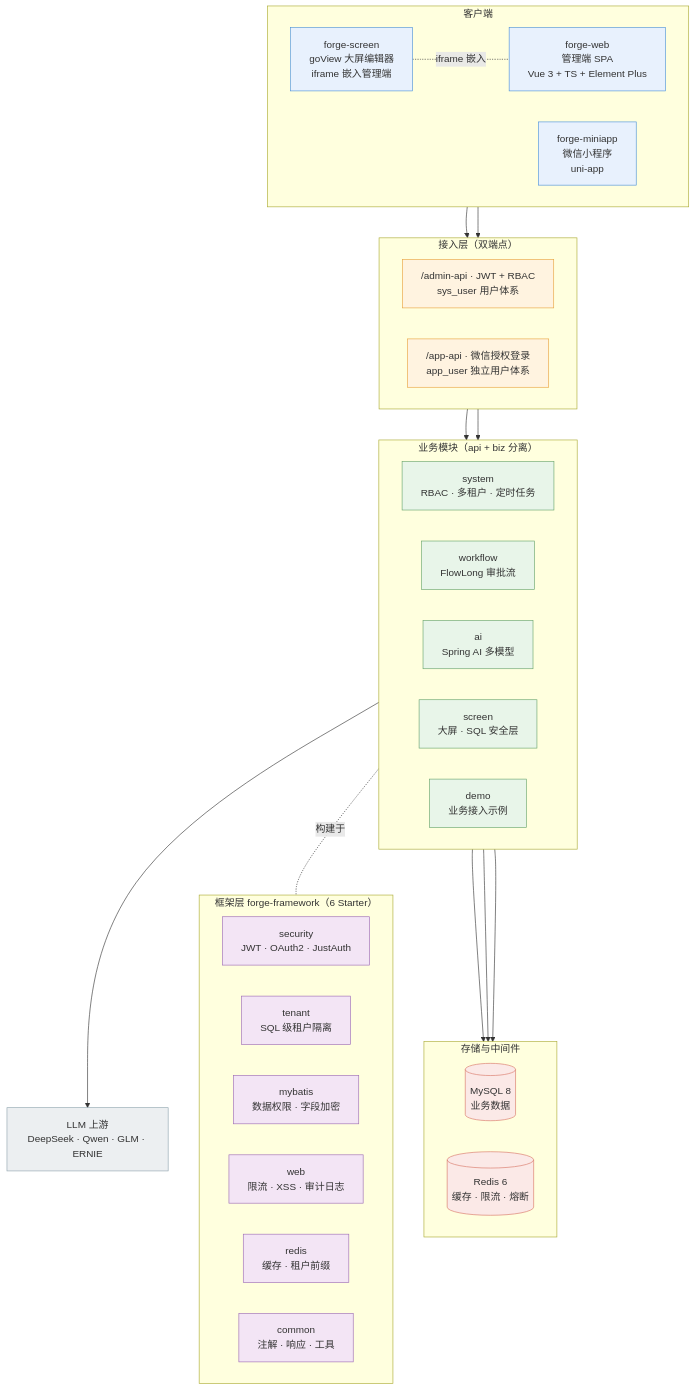
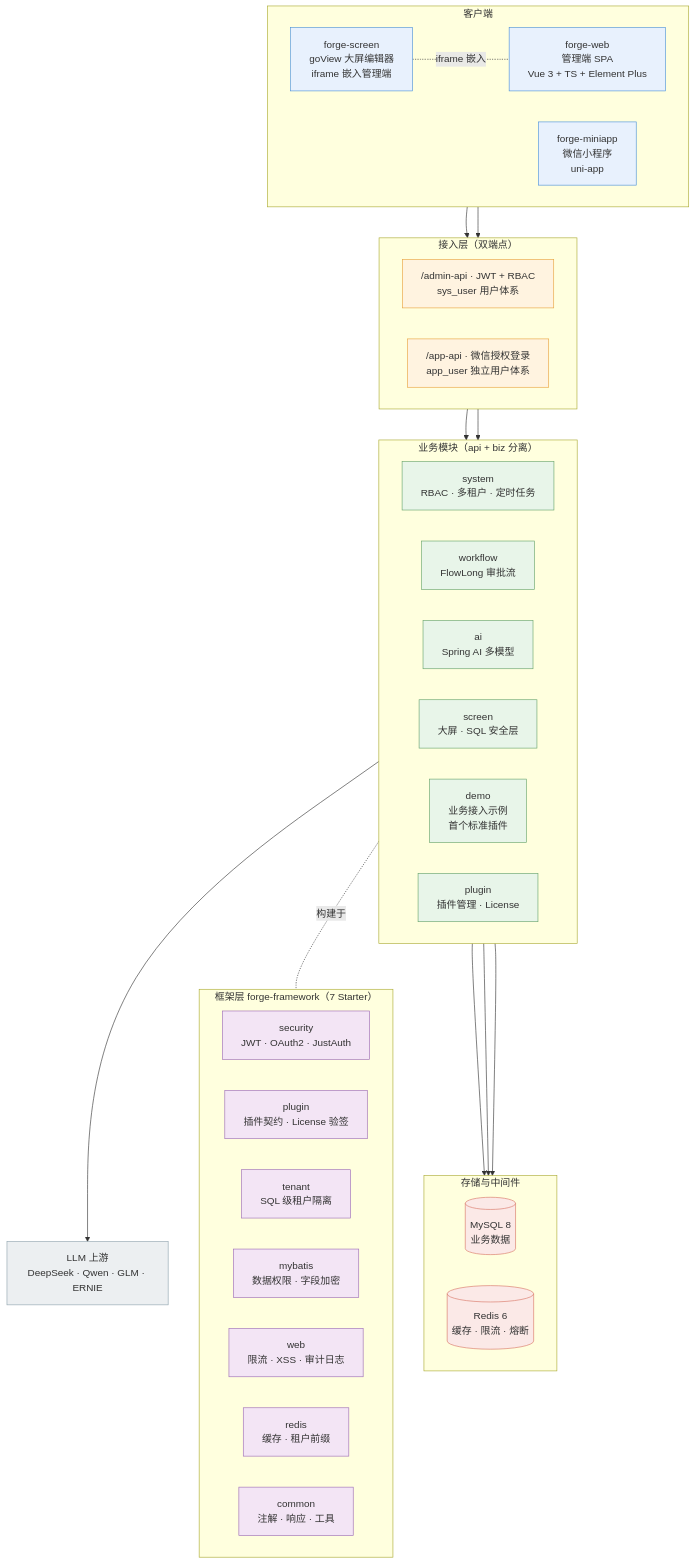
Before and after one commit to wlddhj/forge-admin: the diagram in README.md, drawn with Mermaid. The commit also changed other lines of this file and 2 other files, not shown here.

First line of the commit message:
docs(plugin): 插件体系文档——新增模块手册 + README/CLAUDE.md 同步

````diff
--- a/README.md
+++ b/README.md
@@ -46,65 +47,67 @@
 ```mermaid
 graph TB
     subgraph client["客户端"]
         direction LR
         Web["forge-web<br/>管理端 SPA<br/>Vue 3 + TS + Element Plus"]
         Mini["forge-miniapp<br/>微信小程序<br/>uni-app"]
         Screen["forge-screen<br/>goView 大屏编辑器<br/>iframe 嵌入管理端"]
     end
 
     subgraph gateway["接入层（双端点）"]
         direction LR
         AdminAPI["/admin-api · JWT + RBAC<br/>sys_user 用户体系"]
         AppAPI["/app-api · 微信授权登录<br/>app_user 独立用户体系"]
     end
 
     subgraph biz["业务模块（api + biz 分离）"]
         direction LR
         System["system<br/>RBAC · 多租户 · 定时任务"]
         Workflow["workflow<br/>FlowLong 审批流"]
         AI["ai<br/>Spring AI 多模型"]
         ScreenBiz["screen<br/>大屏 · SQL 安全层"]
-        Demo["demo<br/>业务接入示例"]
+        Demo["demo<br/>业务接入示例<br/>首个标准插件"]
+        Plugin["plugin<br/>插件管理 · License"]
     end
 
-    subgraph framework["框架层 forge-framework（6 Starter）"]
+    subgraph framework["框架层 forge-framework（7 Starter）"]
         direction LR
         FSecurity["security<br/>JWT · OAuth2 · JustAuth"]
+        FPlugin["plugin<br/>插件契约 · License 验签"]
         FTenant["tenant<br/>SQL 级租户隔离"]
         FMybatis["mybatis<br/>数据权限 · 字段加密"]
         FWeb["web<br/>限流 · XSS · 审计日志"]
         FRedis["redis<br/>缓存 · 租户前缀"]
         FCommon["common<br/>注解 · 响应 · 工具"]
     end
 
     subgraph storage["存储与中间件"]
         direction LR
         MySQL[("MySQL 8<br/>业务数据")]
         Redis[("Redis 6<br/>缓存 · 限流 · 熔断")]
     end
 
     LLM["LLM 上游<br/>DeepSeek · Qwen · GLM · ERNIE"]
 
     Web --> AdminAPI
     Mini --> AppAPI
     Screen -.iframe 嵌入.- Web
     AdminAPI --> biz
     AppAPI --> biz
     biz --> MySQL
     System & ScreenBiz --> Redis
     AI --> LLM
     biz -.构建于.- framework
 
     classDef clientStyle fill:#E8F1FD,stroke:#4A90D9
     classDef gatewayStyle fill:#FFF3E0,stroke:#E8A23D
     classDef bizStyle fill:#E8F5E9,stroke:#66A36B
     classDef frameworkStyle fill:#F3E5F5,stroke:#9C6BB5
     classDef storageStyle fill:#FBE9E7,stroke:#D87566
     classDef externalStyle fill:#ECEFF1,stroke:#90A4AE
     class Web,Mini,Screen clientStyle
     class AdminAPI,AppAPI gatewayStyle
-    class System,Workflow,AI,ScreenBiz,Demo bizStyle
-    class FSecurity,FTenant,FMybatis,FWeb,FRedis,FCommon frameworkStyle
+    class System,Workflow,AI,ScreenBiz,Demo,Plugin bizStyle
+    class FSecurity,FPlugin,FTenant,FMybatis,FWeb,FRedis,FCommon frameworkStyle
     class MySQL,Redis storageStyle
     class LLM externalStyle
 ```
````
